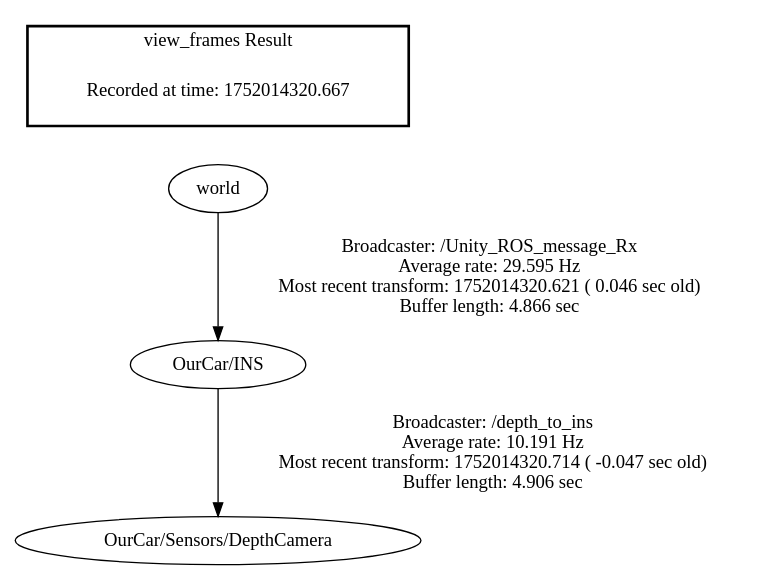
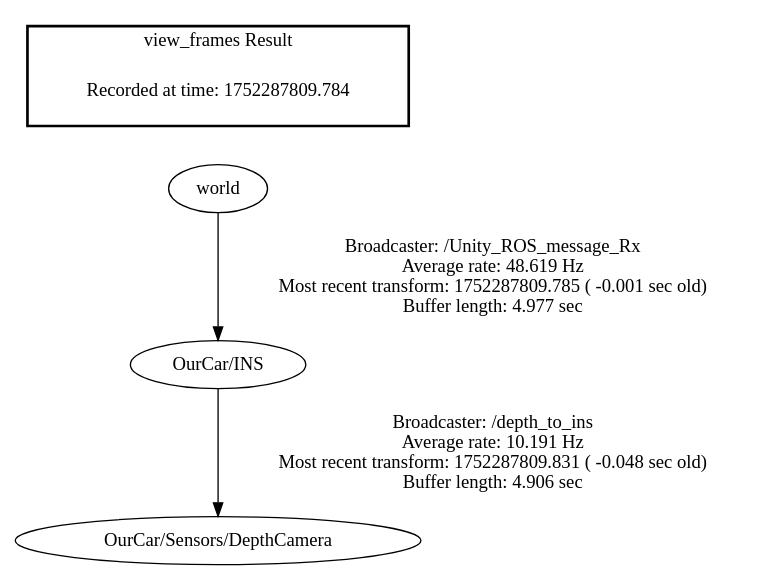
One commit to ShuaiChen817/Autonomous-Driving-ROS1 changed the diagram in frames.gv. Above: the diagram before and after it, drawn with Graphviz. The commit also changed 463 other files, not shown here.

```diff
--- a/frames.gv
+++ b/frames.gv
@@ -1,8 +1,8 @@
 digraph G {
-"OurCar/INS" -> "OurCar/Sensors/DepthCamera"[label="Broadcaster: /depth_to_ins\nAverage rate: 10.191 Hz\nMost recent transform: 1752014320.714 ( -0.047 sec old)\nBuffer length: 4.906 sec\n"];
-"world" -> "OurCar/INS"[label="Broadcaster: /Unity_ROS_message_Rx\nAverage rate: 29.595 Hz\nMost recent transform: 1752014320.621 ( 0.046 sec old)\nBuffer length: 4.866 sec\n"];
+"world" -> "OurCar/INS"[label="Broadcaster: /Unity_ROS_message_Rx\nAverage rate: 48.619 Hz\nMost recent transform: 1752287809.785 ( -0.001 sec old)\nBuffer length: 4.977 sec\n"];
+"OurCar/INS" -> "OurCar/Sensors/DepthCamera"[label="Broadcaster: /depth_to_ins\nAverage rate: 10.191 Hz\nMost recent transform: 1752287809.831 ( -0.048 sec old)\nBuffer length: 4.906 sec\n"];
 edge [style=invis];
  subgraph cluster_legend { style=bold; color=black; label ="view_frames Result";
-"Recorded at time: 1752014320.667"[ shape=plaintext ] ;
+"Recorded at time: 1752287809.784"[ shape=plaintext ] ;
  }->"world";
 }
```
